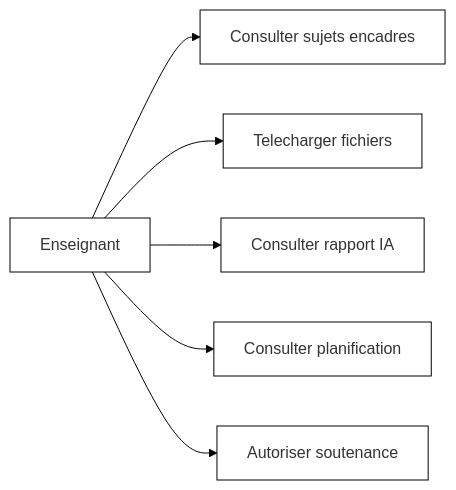
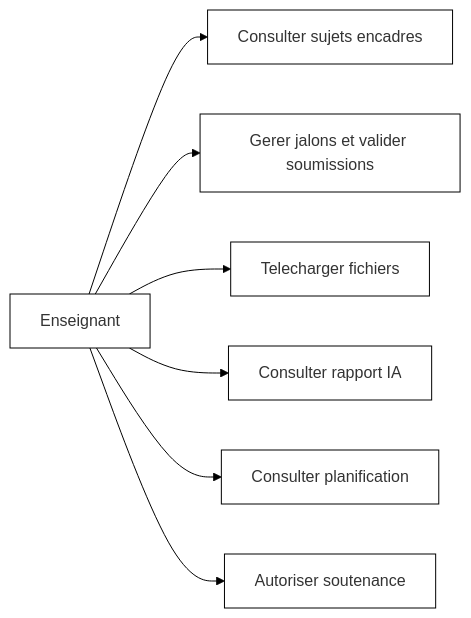
Before and after one commit to DavidMwangaza/TFC-Manager: the fourth of 13 diagrams in DIAGRAMMES-PAR-CHAPITRE-NB.md, drawn with Mermaid. The commit also changed other lines of this file and 42 other files, not shown here.

````diff
--- a/DIAGRAMMES-PAR-CHAPITRE-NB.md
+++ b/DIAGRAMMES-PAR-CHAPITRE-NB.md
@@ -104,16 +109,18 @@
 ```mermaid
 %%{init: {'theme':'base','themeVariables': {'background':'#ffffff','primaryColor':'#ffffff','primaryBorderColor':'#000000','lineColor':'#000000','textColor':'#000000'}}}%%
 graph LR
     A[Enseignant]
     U1[Consulter sujets encadres]
+    U1b[Gerer jalons et valider soumissions]
     U2[Telecharger fichiers]
     U3[Consulter rapport IA]
     U4[Consulter planification]
     U5[Autoriser soutenance]
 
     A --> U1
+    A --> U1b
     A --> U2
     A --> U3
     A --> U4
     A --> U5
 ```
````
